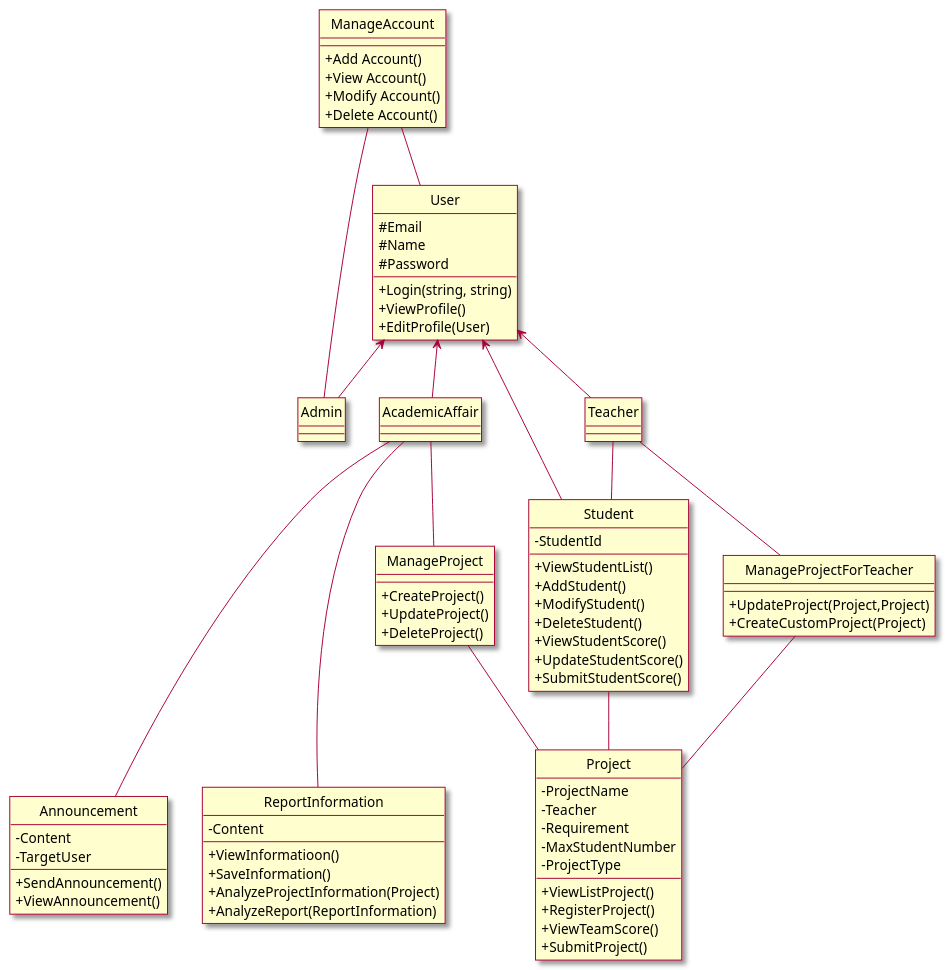
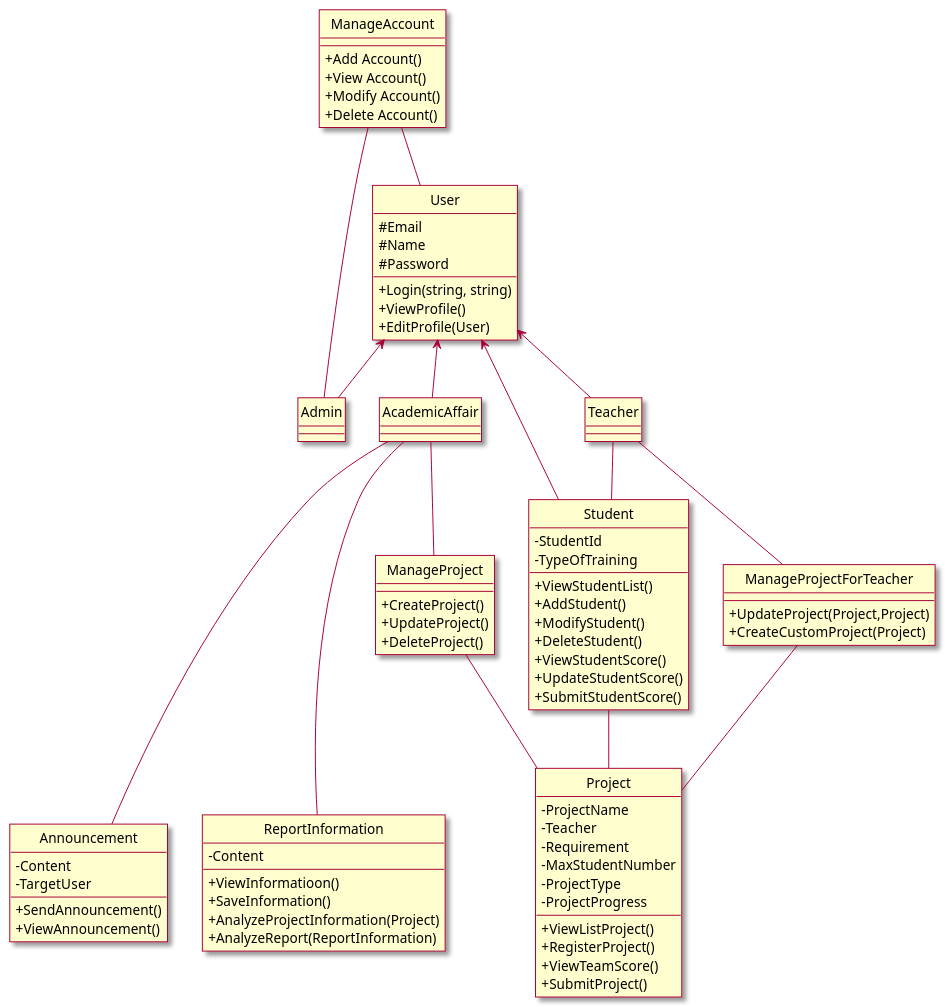
Before and after one commit to Marowota/SE100-plantuml: the diagram in Class Diagram/Class.puml, drawn with PlantUML. The commit also changed 9 other files, not shown here.

Commit message:
add act diagram and update seq +class diagram

```diff
--- a/Class Diagram/Class.puml
+++ b/Class Diagram/Class.puml
@@ -1,102 +1,104 @@
 @startuml Class Diagram
 
 skin rose
 skinparam classAttributeIconSize 0
 hide circle
 
 class User {
     # Email
     # Name
     # Password
 
     + Login(string, string)
     + ViewProfile()
     + EditProfile(User)
 }
 
 class ManageAccount {
     + Add Account()
     + View Account()
     + Modify Account()
     + Delete Account()
 }
 
 class Admin {
 
 }
 
 class AcademicAffair {
 
 }
 
 class Student {
     - StudentId
+    - TypeOfTraining
     + ViewStudentList()
     + AddStudent()
     + ModifyStudent()
     + DeleteStudent()
     + ViewStudentScore()
     + UpdateStudentScore()
     + SubmitStudentScore()
 }
 
 class Teacher {
 
 }
 
 class Announcement {
     - Content
     - TargetUser
     + SendAnnouncement()
     + ViewAnnouncement()
 }
 
 class ReportInformation {
     - Content
     + ViewInformatioon()
     + SaveInformation()
     + AnalyzeProjectInformation(Project)
     + AnalyzeReport(ReportInformation)
 }
 
 class Project {
     - ProjectName
     - Teacher
     - Requirement
     - MaxStudentNumber
     - ProjectType
+    - ProjectProgress
     + ViewListProject()
     + RegisterProject()
     + ViewTeamScore()
     + SubmitProject()
 }
 
 class ManageProject {
     + CreateProject()
     + UpdateProject()
     + DeleteProject()
 }
 
 class ManageProjectForTeacher {
     + UpdateProject(Project,Project)
     + CreateCustomProject(Project)
 }
 
 User <-- Admin
 User <-- AcademicAffair
 User <-- Student
 User <-- Teacher
 
 ManageAccount -- Admin
 ManageAccount -- User
 AcademicAffair --- ReportInformation
 AcademicAffair --- Announcement
 AcademicAffair -- ManageProject
 Student -- Project
 Teacher -- Student
 Teacher -- ManageProjectForTeacher
 ManageProject -- Project
 ManageProjectForTeacher -- Project
 
 
 @enduml
```
